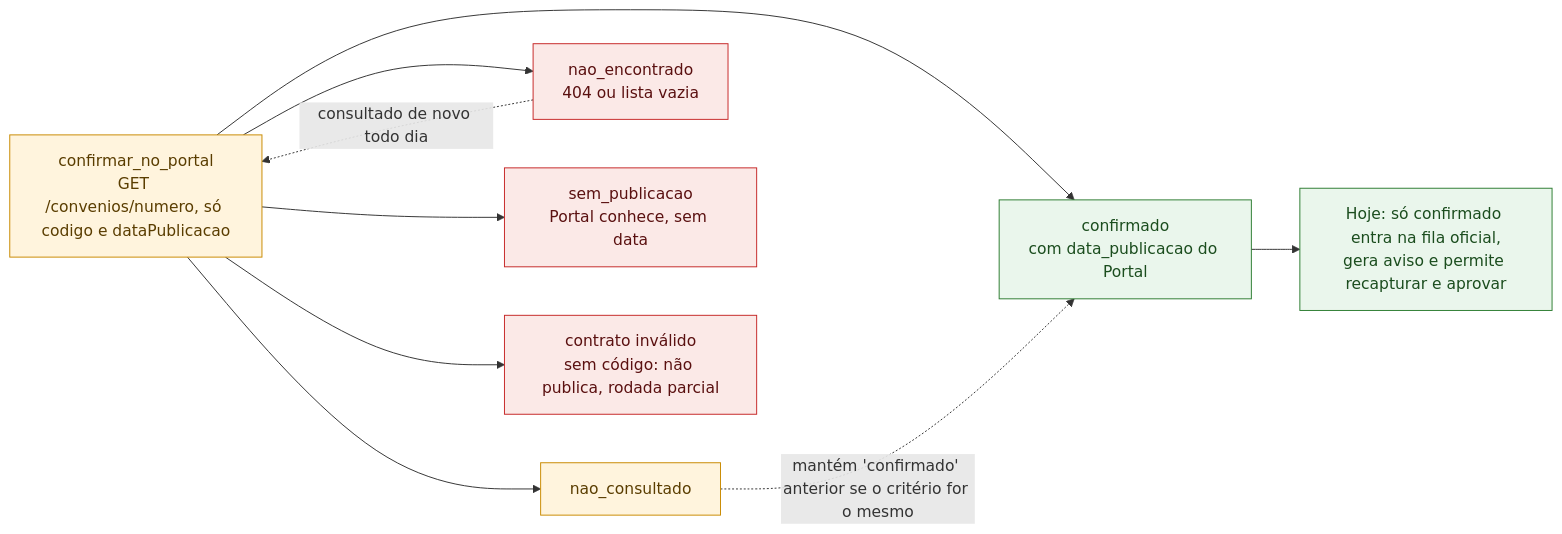
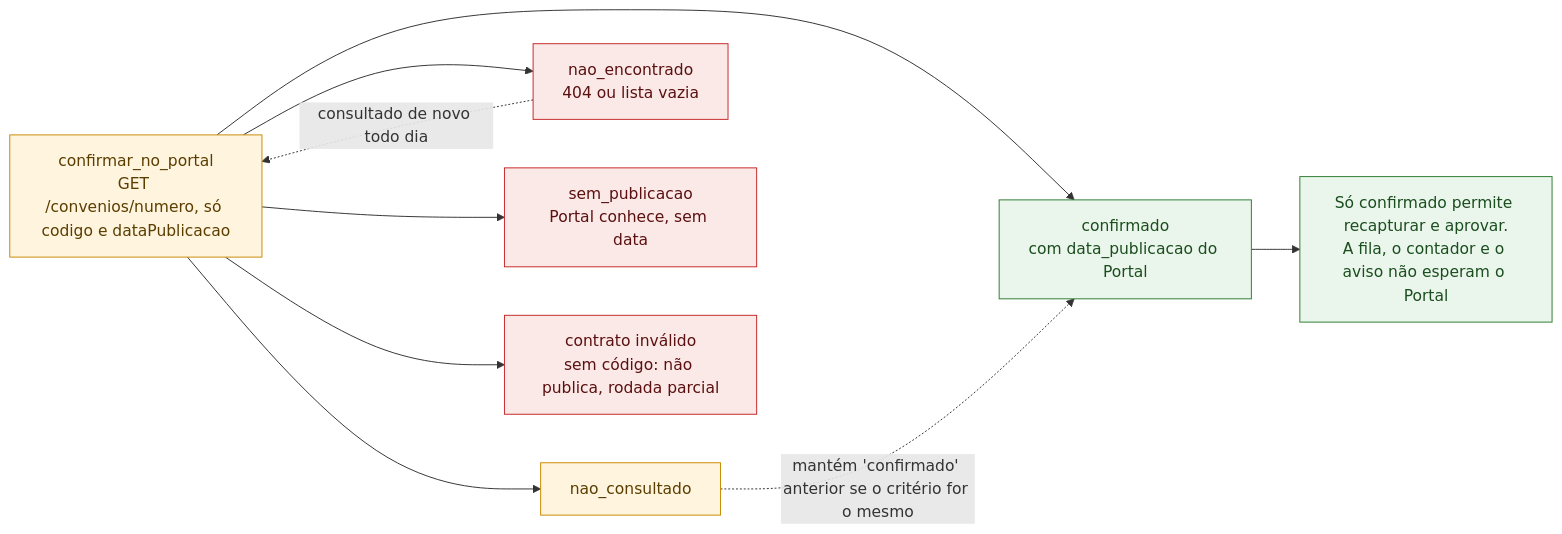
Before and after one commit to devs-ministerio/par_equipamentos: the fifth of 20 diagrams in docs/mermaid/radar-instrumentos.md, drawn with Mermaid. The commit also changed other lines of this file and 13 other files, not shown here.

First line of the commit message:
feat(radar): candidato aparece sem esperar o Portal; aprovar segue travado

````diff
--- a/docs/mermaid/radar-instrumentos.md
+++ b/docs/mermaid/radar-instrumentos.md
@@ -121,15 +121,15 @@
 ```mermaid
 flowchart LR
     classDef regra fill:#FFF4DD,stroke:#C98A00,color:#5a3d00
     classDef ok fill:#EAF6EC,stroke:#2E7D32,color:#1b4d1e
     classDef nao fill:#FBE9E7,stroke:#C62828,color:#5a1010
 
     C["confirmar_no_portal<br/>GET /convenios/numero, só codigo e dataPublicacao"]:::regra --> S1["nao_consultado"]:::regra
     C --> S2["nao_encontrado<br/>404 ou lista vazia"]:::nao
     C --> S3["sem_publicacao<br/>Portal conhece, sem data"]:::nao
     C --> S4["confirmado<br/>com data_publicacao do Portal"]:::ok
     C --> S5["contrato inválido<br/>sem código: não publica, rodada parcial"]:::nao
-    S4 --> USO["Hoje: só confirmado entra na fila oficial,<br/>gera aviso e permite recapturar e aprovar"]:::ok
+    S4 --> USO["Só confirmado permite recapturar e aprovar.<br/>A fila, o contador e o aviso não esperam o Portal"]:::ok
     S1 -. "mantém 'confirmado' anterior se o critério for o mesmo" .-> S4
     S2 -. "consultado de novo todo dia" .-> C
 ```
````
